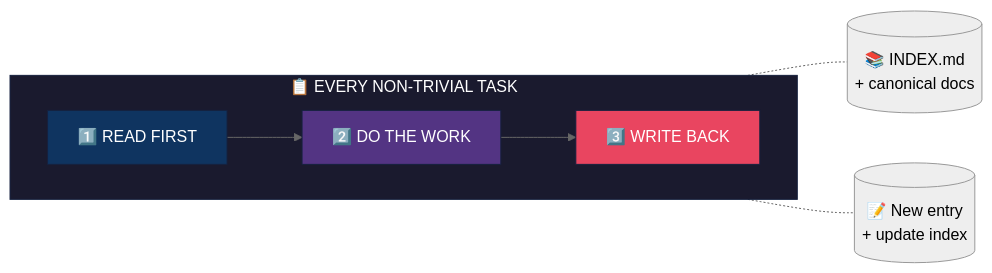
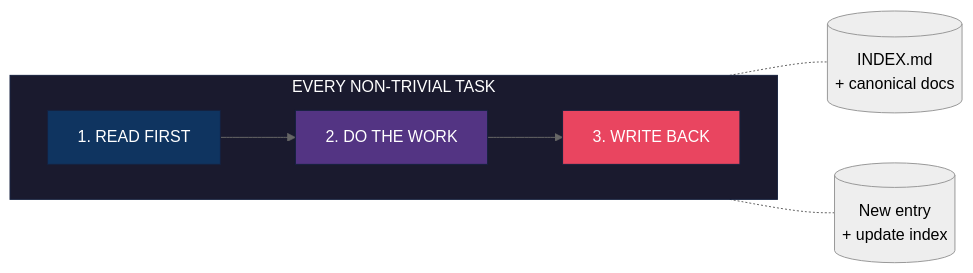
One commit to dcoferraz/knowledge-database changed the first of 2 diagrams in README.md. Above: the diagram before and after it, drawn with Mermaid (neutral theme). The commit also changed other lines of this file and 1 other file, not shown here.

````diff
--- a/README.md
+++ b/README.md
@@ -62,15 +63,15 @@
 ```mermaid
 flowchart LR
-    subgraph EVERY_TASK["📋 EVERY NON-TRIVIAL TASK"]
+    subgraph EVERY_TASK["EVERY NON-TRIVIAL TASK"]
         direction LR
-        A["1️⃣ READ FIRST"] --> B["2️⃣ DO THE WORK"] --> C["3️⃣ WRITE BACK"]
+        A["1. READ FIRST"] --> B["2. DO THE WORK"] --> C["3. WRITE BACK"]
     end
 
-    A -.- D[("📚 INDEX.md\n+ canonical docs")]
-    C -.- E[("📝 New entry\n+ update index")]
+    A -.- D[("INDEX.md\n+ canonical docs")]
+    C -.- E[("New entry\n+ update index")]
 
     style EVERY_TASK fill:#1a1a2e,stroke:#16213e,color:#fff
     style A fill:#0f3460,stroke:#16213e,color:#fff
     style B fill:#533483,stroke:#16213e,color:#fff
     style C fill:#e94560,stroke:#16213e,color:#fff
 ```
````
